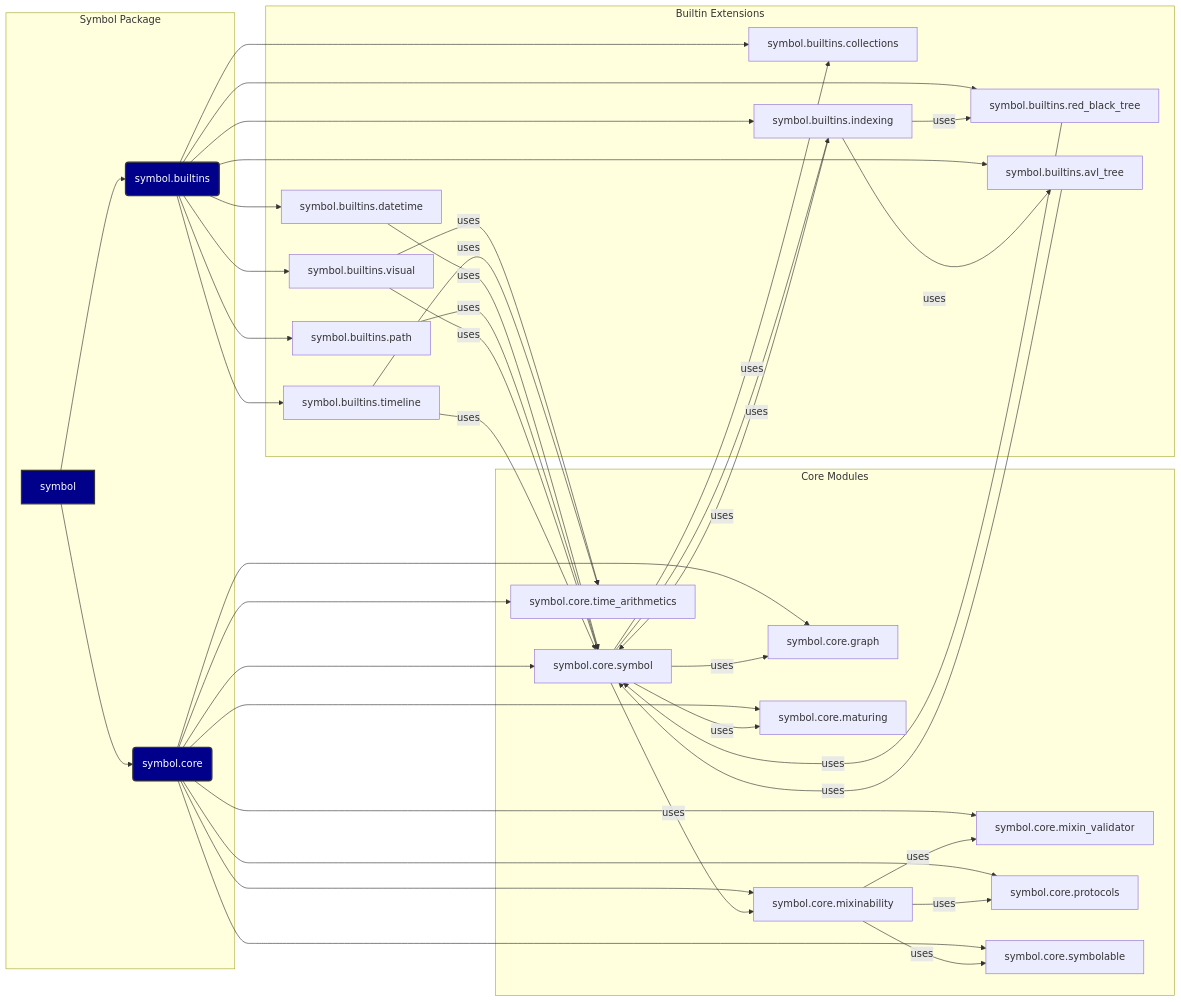
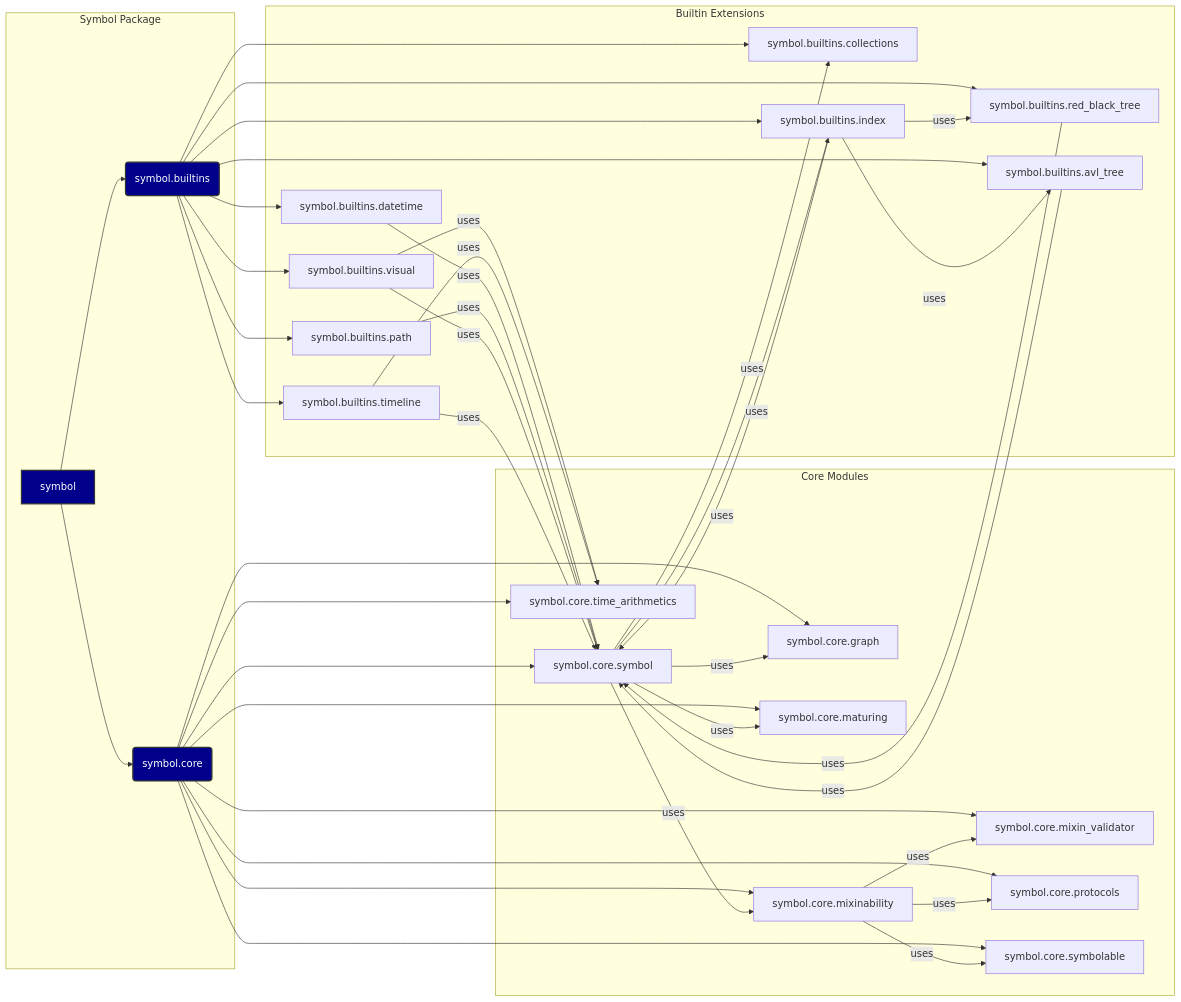
Before and after one commit to ikko/sym: the diagram in docs/architecture.md, drawn with Mermaid. The commit also changed 13 other files, not shown here.

Commit message:
rename indexing to index

````diff
--- a/docs/architecture.md
+++ b/docs/architecture.md
@@ -3,57 +3,57 @@
 ```mermaid
 graph LR
     subgraph Symbol Package
         A[symbol] --> B(symbol.core)
         A --> C(symbol.builtins)
     end
 
     subgraph Core Modules
         B --> B1[symbol.core.symbol]
         B --> B2[symbol.core.graph]
         B --> B3[symbol.core.maturing]
         B --> B4[symbol.core.mixinability]
         B --> B5[symbol.core.mixin_validator]
         B --> B6[symbol.core.protocols]
         B --> B7[symbol.core.symbolable]
         B --> B8[symbol.core.time_arithmetics]
     end
 
     subgraph Builtin Extensions
         C --> C1[symbol.builtins.collections]
         C --> C2[symbol.builtins.datetime]
-        C --> C3[symbol.builtins.indexing]
+        C --> C3[symbol.builtins.index]
         C --> C4[symbol.builtins.path]
         C --> C5[symbol.builtins.visual]
         C --> C6[symbol.builtins.red_black_tree]
         C --> C7[symbol.builtins.avl_tree]
         C --> C8[symbol.builtins.timeline]
     end
 
     B1 -- uses --> B2
     B1 -- uses --> B3
     B1 -- uses --> B4
     B1 -- uses --> C1
     B1 -- uses --> C3
 
     B4 -- uses --> B5
     B4 -- uses --> B6
     B4 -- uses --> B7
 
     C2 -- uses --> B1
     C3 -- uses --> B1
     C4 -- uses --> B1
     C5 -- uses --> B1
     C6 -- uses --> B1
     C7 -- uses --> B1
     C8 -- uses --> B1
 
     C3 -- uses --> C6
     C3 -- uses --> C7
 
     C5 -- uses --> B8
     C8 -- uses --> B8
 
     style A fill:#00008B,stroke:#333,stroke-width:2px,color:#FFFFFF
     style B fill:#00008B,stroke:#333,stroke-width:2px,color:#FFFFFF
     style C fill:#00008B,stroke:#333,stroke-width:2px,color:#FFFFFF
 ```
````
